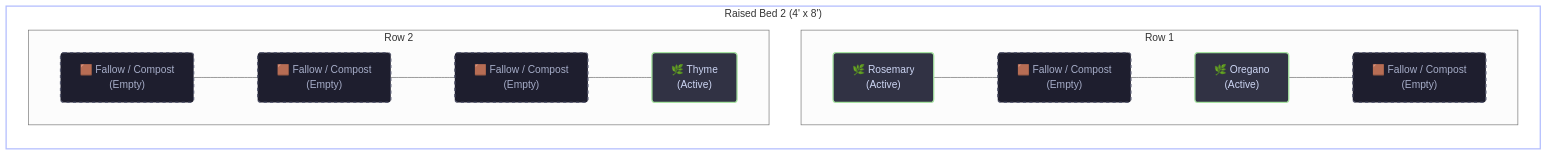
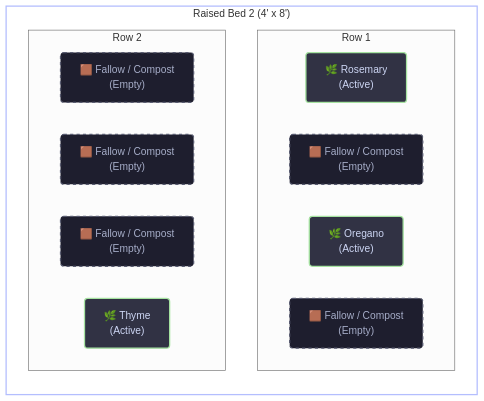
Before and after one commit to nicholaswilde/gardening: the diagram in docs/beds/raised-bed-2.md, drawn with Mermaid (neutral theme). The commit also changed 4 other files, not shown here.

````diff
--- a/docs/beds/raised-bed-2.md
+++ b/docs/beds/raised-bed-2.md
@@ -15,28 +15,34 @@
 ```mermaid
 flowchart TD
     subgraph Bed ["Raised Bed 2 (4' x 8')"]
         direction TB
         subgraph Row1 ["Row 1"]
             direction LR
-            cell1_1["🌿 Rosemary<br>(Active)"] --- cell1_2["🟫 Fallow / Compost<br>(Empty)"] --- cell1_3["🌿 Oregano<br>(Active)"] --- cell1_4["🟫 Fallow / Compost<br>(Empty)"]
+            cell1_1["🌿 Rosemary<br>(Active)"]
+            cell1_2["🟫 Fallow / Compost<br>(Empty)"]
+            cell1_3["🌿 Oregano<br>(Active)"]
+            cell1_4["🟫 Fallow / Compost<br>(Empty)"]
         end
         subgraph Row2 ["Row 2"]
             direction LR
-            cell2_1["🟫 Fallow / Compost<br>(Empty)"] --- cell2_2["🟫 Fallow / Compost<br>(Empty)"] --- cell2_3["🟫 Fallow / Compost<br>(Empty)"] --- cell2_4["🌿 Thyme<br>(Active)"]
+            cell2_1["🟫 Fallow / Compost<br>(Empty)"]
+            cell2_2["🟫 Fallow / Compost<br>(Empty)"]
+            cell2_3["🟫 Fallow / Compost<br>(Empty)"]
+            cell2_4["🌿 Thyme<br>(Active)"]
         end
     end
 
     style Bed fill:transparent,stroke:#b4befe,stroke-width:2px
     style cell1_1 fill:#313244,stroke:#a6e3a1,stroke-width:2px,color:#cdd6f4,rx:5,ry:5
     style cell1_2 fill:#1e1e2e,stroke:#585b70,stroke-width:2px,color:#a6adc8,stroke-dasharray: 5 5,rx:5,ry:5
     style cell1_3 fill:#313244,stroke:#a6e3a1,stroke-width:2px,color:#cdd6f4,rx:5,ry:5
     style cell1_4 fill:#1e1e2e,stroke:#585b70,stroke-width:2px,color:#a6adc8,stroke-dasharray: 5 5,rx:5,ry:5
     style cell2_1 fill:#1e1e2e,stroke:#585b70,stroke-width:2px,color:#a6adc8,stroke-dasharray: 5 5,rx:5,ry:5
     style cell2_2 fill:#1e1e2e,stroke:#585b70,stroke-width:2px,color:#a6adc8,stroke-dasharray: 5 5,rx:5,ry:5
     style cell2_3 fill:#1e1e2e,stroke:#585b70,stroke-width:2px,color:#a6adc8,stroke-dasharray: 5 5,rx:5,ry:5
     style cell2_4 fill:#313244,stroke:#a6e3a1,stroke-width:2px,color:#cdd6f4,rx:5,ry:5
 
     click cell1_1 "../plants/rosemary.md" "Rosemary Profile"
     click cell1_3 "../plants/oregano.md" "Oregano Profile"
     click cell2_4 "../plants/thyme.md" "Thyme Profile"
 ```
````
